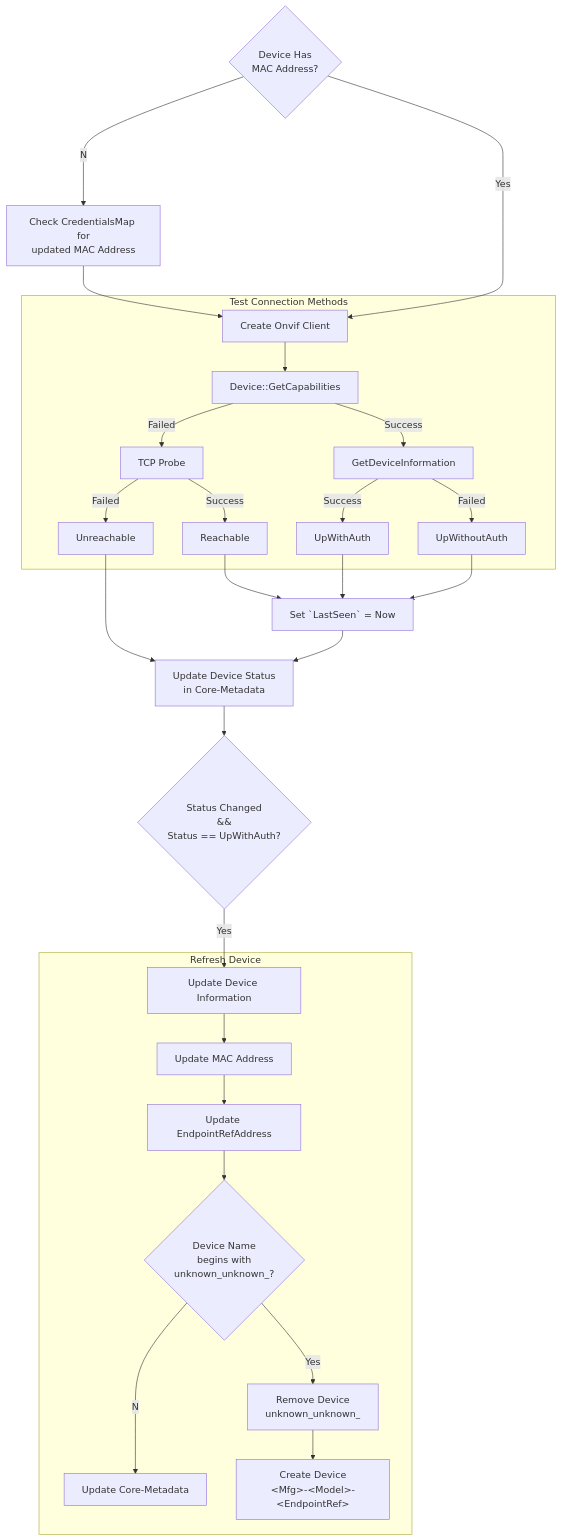
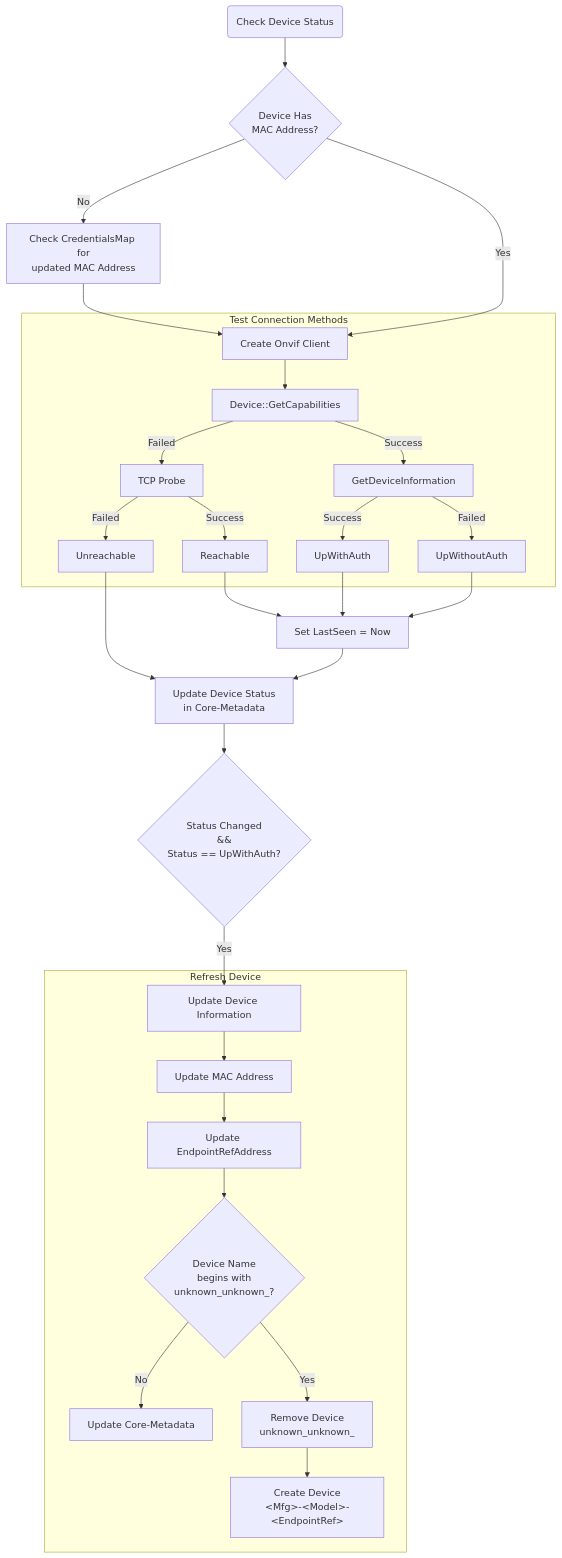
The diagram in doc/device-status.md (edgexfoundry/device-onvif-camera), drawn with Mermaid before and after one commit. The commit also changed 1 other file, not shown here.

Commit message:
docs: update flowcharts

````diff
--- a/doc/device-status.md
+++ b/doc/device-status.md
@@ -15,58 +15,56 @@
 ```mermaid
 %% Note: The node and edge definitions are split up to make it easier to adjust the
 %% links between the various nodes.
-graph TD;
+flowchart TD;
     %% -------- Node Definitions -------- %%
-    update[Update Device Status<br/>in Core-Metadata]
-    seen[Set `LastSeen` = Now]
-    meta[Update Core-Metadata]
-    with[UpWithAuth]
-    without[UpWithoutAuth]
-    reach[Reachable]
-    unreach[Unreachable]
-    check{Status Changed<br/>&&<br/>Status == UpWithAuth?}
-    hasmac{Device Has<br/>MAC Address?}
-    client[Create Onvif Client]
-    caps[Device::GetCapabilities]
-    macupdate[Check CredentialsMap for<br/>updated MAC Address]
-    tcp[TCP Probe]
-    info[GetDeviceInformation]
-    uinfo[Update Device Information]
-    umac[Update MAC Address]
-    uref[Update EndpointRefAddress]
-    unk{Device Name<br/>begins with<br/>unknown_unknown_?}
-    remove[Remove Device<br/>unknown_unknown_]
-    readd[Create Device<br/>&ltMfg&gt-&ltModel&gt-&ltEndpointRef&gt]
+    CheckDeviceStatus(Check Device Status)
+    UpdateDeviceStatus[Update Device Status<br/>in Core-Metadata]
+    SetLastSeen[Set LastSeen = Now]
+    UpdateMetadata[Update Core-Metadata]
+    CheckNowUpWithAuth{Status Changed<br/>&&<br/>Status == UpWithAuth?}
+    DeviceHasMAC{Device Has<br/>MAC Address?}
+    CreateClient[Create Onvif Client]
+    GetCapabilities[Device::GetCapabilities]
+    CheckUpdatedMAC[Check CredentialsMap for<br/>updated MAC Address]
+    TCPProbe[TCP Probe]
+    GetDeviceInfo[GetDeviceInformation]
+    UpdateDeviceInfo[Update Device Information]
+    UpdateMACAddress[Update MAC Address]
+    UpdateEndpointRef[Update EndpointRefAddress]
+    DeviceUnknown{Device Name<br/>begins with<br/>unknown_unknown_?}
+    RemoveDevice[Remove Device<br/>unknown_unknown_]
+    CreateDevice[Create Device<br/>&ltMfg&gt-&ltModel&gt-&ltEndpointRef&gt]
     
     %% -------- Graph Definitions -------- %%
-    hasmac--No-->macupdate
-    hasmac--Yes-->client
-    macupdate-->client
+    CheckDeviceStatus --> DeviceHasMAC
+    DeviceHasMAC -- No --> CheckUpdatedMAC
+    DeviceHasMAC -- Yes --> CreateClient
+    CheckUpdatedMAC --> CreateClient
     
     subgraph Test Connection Methods
-        client-->caps
-        caps--Failed-->tcp
-        caps--Success-->info
-        info--Success-->with
-        info--Failed-->without
-        tcp--Failed-->unreach
-        tcp--Success-->reach
+        CreateClient --> GetCapabilities
+        GetCapabilities -- Failed --> TCPProbe
+        GetCapabilities -- Success --> GetDeviceInfo
+        GetDeviceInfo -- Success --> UpWithAuth
+        GetDeviceInfo -- Failed --> UpWithoutAuth
+        TCPProbe -- Failed --> Unreachable
+        TCPProbe -- Success --> Reachable
     end
     
-    with-->seen
-    without-->seen
-    reach-->seen
-    unreach-->update
-    update-->check
-    seen-->update
-    check--Yes-->uinfo
+    UpWithAuth --> SetLastSeen
+    UpWithoutAuth --> SetLastSeen
+    Reachable --> SetLastSeen
+    Unreachable --> UpdateDeviceStatus
+    UpdateDeviceStatus --> CheckNowUpWithAuth
+    SetLastSeen --> UpdateDeviceStatus
+    CheckNowUpWithAuth -- Yes --> UpdateDeviceInfo
     
     subgraph Refresh Device
-        uinfo-->umac
-        umac-->uref
-        uref-->unk
-        unk--No-->meta
-        unk--Yes-->remove
-        remove-->readd
+        UpdateDeviceInfo --> UpdateMACAddress
+        UpdateMACAddress --> UpdateEndpointRef
+        UpdateEndpointRef --> DeviceUnknown
+        DeviceUnknown -- No --> UpdateMetadata
+        DeviceUnknown -- Yes --> RemoveDevice
+        RemoveDevice --> CreateDevice
     end
 ```
````
